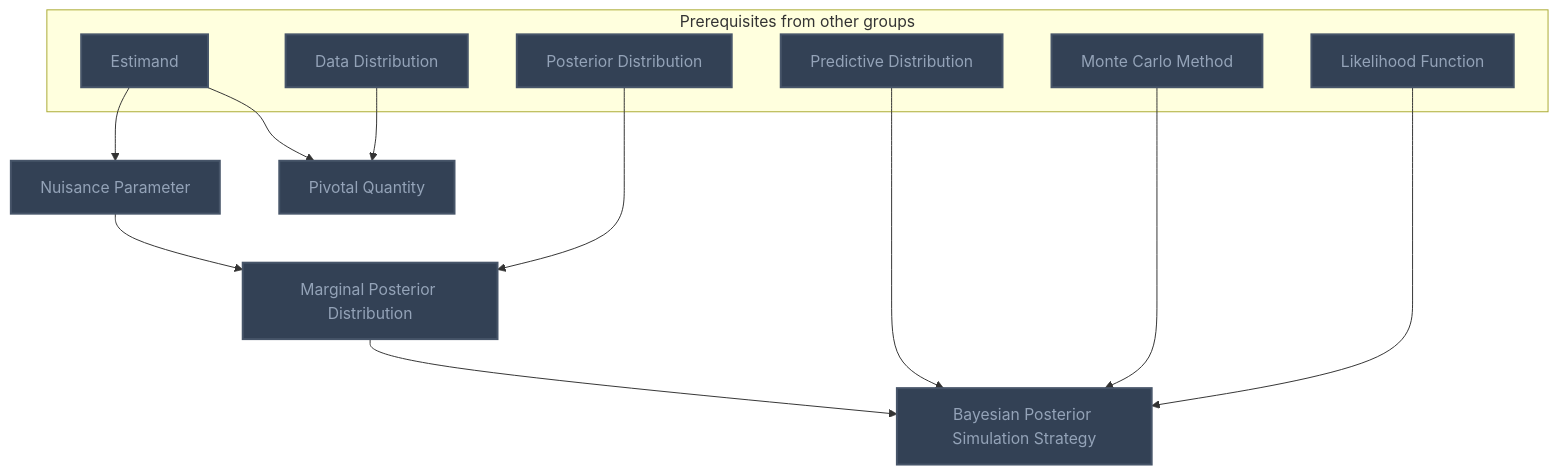
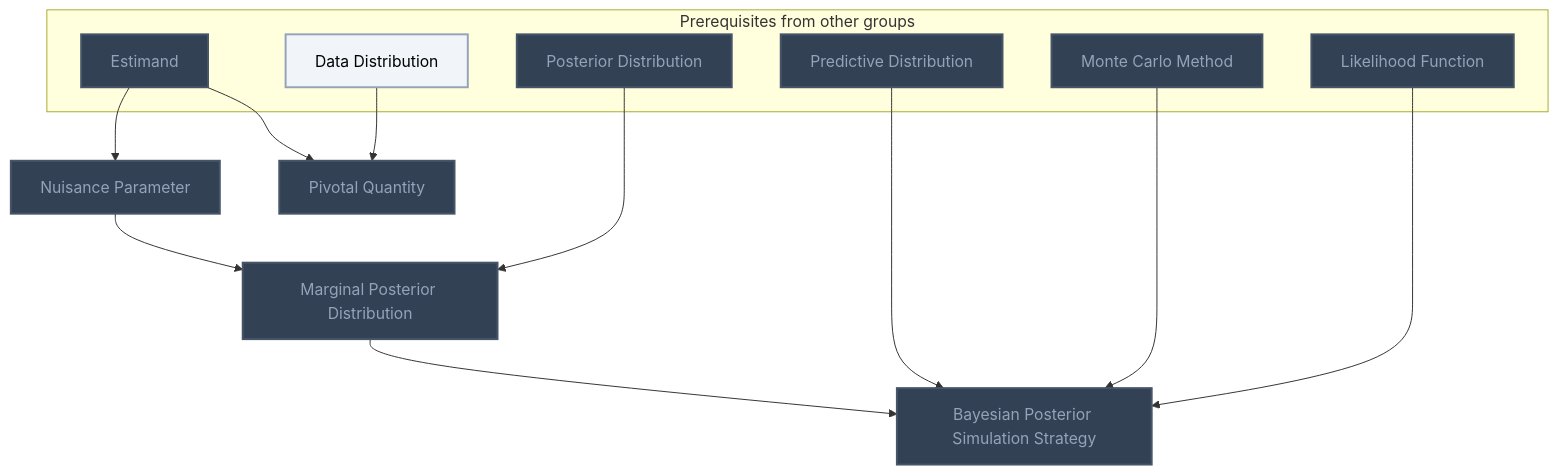
One commit to MRauf1/My-Notes changed the fifth of 6 diagrams in Gamification/Skill Trees/Bayesian Statistics.md. Above: the diagram before and after it, drawn with Mermaid. The commit also changed other lines of this file and 42 other files, not shown here.

````diff
--- a/Gamification/Skill Trees/Bayesian Statistics.md
+++ b/Gamification/Skill Trees/Bayesian Statistics.md
@@ -183,35 +185,36 @@
 ```mermaid
 flowchart TD
     classDef planned fill:#1E293B,stroke:#64748B,stroke-width:2px,stroke-dasharray:5 5,color:#94A3B8;
     classDef locked fill:#334155,stroke:#475569,stroke-width:2px,color:#94A3B8;
     classDef L0 fill:#F1F5F9,stroke:#94A3B8,stroke-width:2px,color:#000000;
     classDef L1 fill:#22C55E,stroke:#15803D,stroke-width:2px,color:#000000;
     classDef L2 fill:#3B82F6,stroke:#1D4ED8,stroke-width:3px,color:#FFFFFF;
     classDef L3 fill:#A855F7,stroke:#6B21A8,stroke-width:3px,color:#FFFFFF,font-weight:bold;
     classDef L4 fill:#F97316,stroke:#C2410C,stroke-width:4px,color:#000000,font-weight:bold;
     classDef L5 fill:#FFD700,stroke:#FF8C00,stroke-width:5px,color:#000000,font-weight:bold;
     classDef rusty stroke:#8B4513,stroke-width:4px,stroke-dasharray:3 3;
     subgraph sg_prereqs["Prerequisites from other groups"]
         n_estimand["Estimand"]
         n_posterior_distribution["Posterior Distribution"]
         n_data_distribution["Data Distribution"]
         n_predictive_distribution["Predictive Distribution"]
         n_monte_carlo_method["Monte Carlo Method"]
         n_likelihood_function["Likelihood Function"]
     end
     n_nuisance_parameter["Nuisance Parameter"]
     n_marginal_posterior_distribution["Marginal Posterior Distribution"]
     n_pivotal_quantity["Pivotal Quantity"]
     n_bayesian_posterior_simulation_strategy["Bayesian Posterior Simulation Strategy"]
     n_estimand --> n_nuisance_parameter
     n_nuisance_parameter --> n_marginal_posterior_distribution
     n_posterior_distribution --> n_marginal_posterior_distribution
     n_estimand --> n_pivotal_quantity
     n_data_distribution --> n_pivotal_quantity
     n_marginal_posterior_distribution --> n_bayesian_posterior_simulation_strategy
     n_predictive_distribution --> n_bayesian_posterior_simulation_strategy
     n_monte_carlo_method --> n_bayesian_posterior_simulation_strategy
     n_likelihood_function --> n_bayesian_posterior_simulation_strategy
-    class n_estimand,n_posterior_distribution,n_data_distribution,n_predictive_distribution,n_monte_carlo_method,n_likelihood_function,n_nuisance_parameter,n_marginal_posterior_distribution,n_pivotal_quantity,n_bayesian_posterior_simulation_strategy locked;
+    class n_estimand,n_posterior_distribution,n_predictive_distribution,n_monte_carlo_method,n_likelihood_function,n_nuisance_parameter,n_marginal_posterior_distribution,n_pivotal_quantity,n_bayesian_posterior_simulation_strategy locked;
+    class n_data_distribution L0;
     class n_estimand,n_posterior_distribution,n_data_distribution,n_predictive_distribution,n_monte_carlo_method,n_likelihood_function,n_nuisance_parameter,n_marginal_posterior_distribution,n_pivotal_quantity,n_bayesian_posterior_simulation_strategy internal-link;
 ```
````
